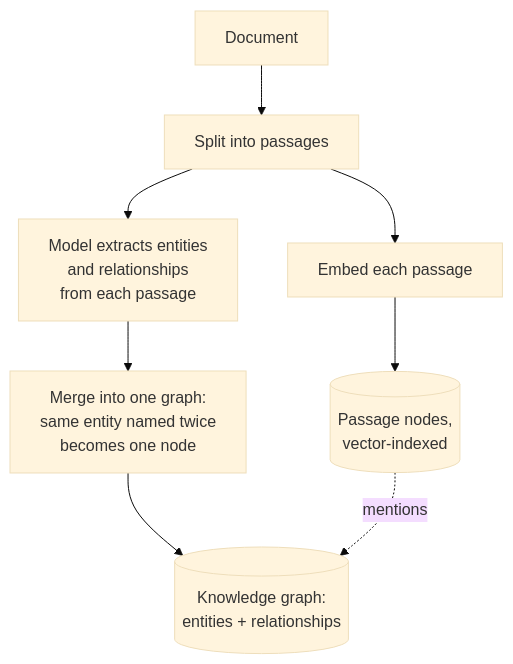
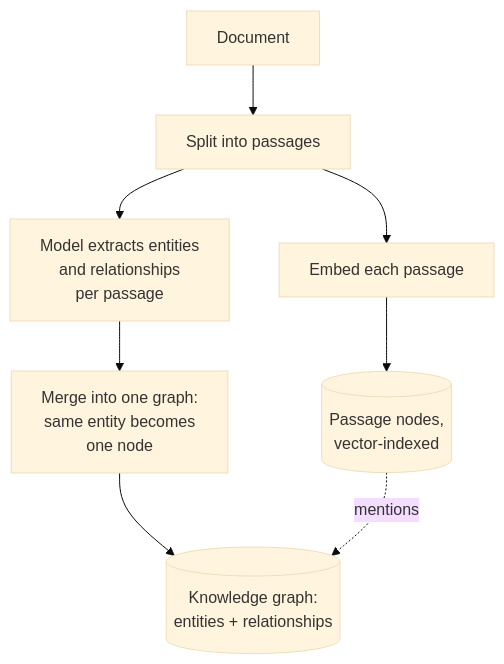
The first of 2 diagrams in app/demos/rag/graph_rag/README.md (jjaaxx44/genai-personal-lab-rag), drawn with Mermaid (base theme) before and after one commit. The commit also changed other lines of this file and 32 other files, not shown here.

````diff
--- a/app/demos/rag/graph_rag/README.md
+++ b/app/demos/rag/graph_rag/README.md
@@ -17,10 +9,10 @@
 ```mermaid
 flowchart TD
   A["Document"] --> B["Split into passages"]
-  B --> C["Model extracts entities<br/>and relationships<br/>from each passage"]
+  B --> C["Model extracts entities<br/>and relationships<br/>per passage"]
   B --> D["Embed each passage"]
-  C --> E["Merge into one graph:<br/>same entity named twice<br/>becomes one node"]
+  C --> E["Merge into one graph:<br/>same entity becomes<br/>one node"]
   E --> F[("Knowledge graph:<br/>entities + relationships")]
   D --> G[("Passage nodes,<br/>vector-indexed")]
   G -.->|"mentions"| F
 ```
````
